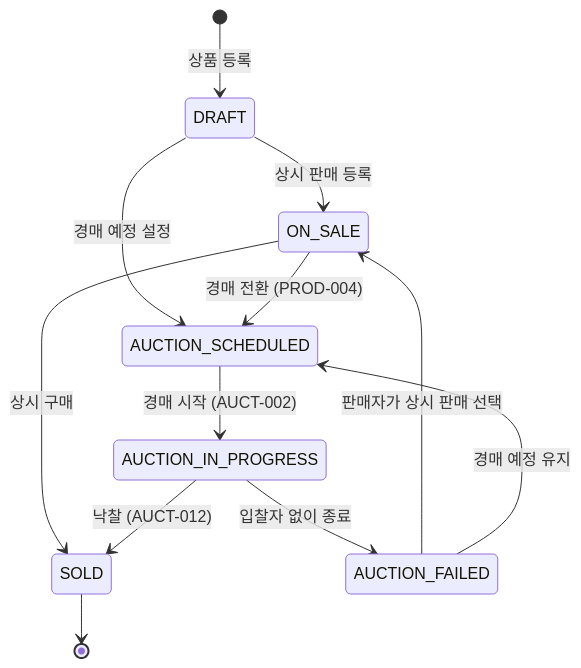
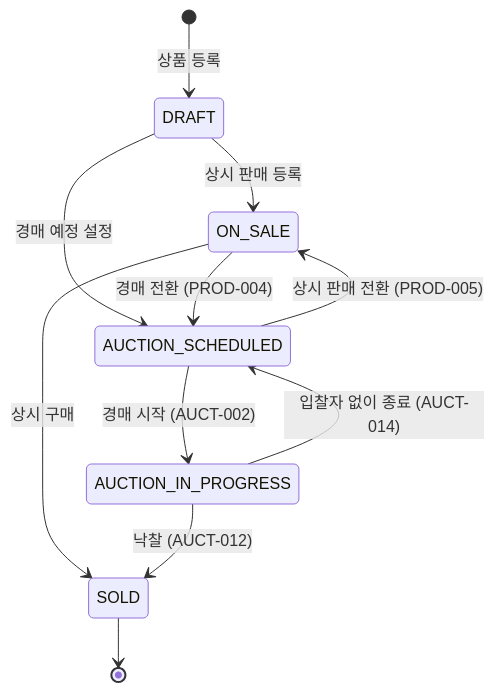
The third of 3 diagrams in BE/docs/db/erd.md (Team-vintib/Vintib-AI), drawn with Mermaid before and after one commit. The commit also changed other lines of this file and 15 other files, not shown here.

Commit message:
[S15P11A108-236] refactor: 경매 예정 상품의 상시 판매 전환(PROD-004) 구현 및 AUCTION_FAILED 제거

````diff
--- a/BE/docs/db/erd.md
+++ b/BE/docs/db/erd.md
@@ -125,14 +125,13 @@
 ```mermaid
 stateDiagram-v2
     [*] --> DRAFT : 상품 등록
     DRAFT --> ON_SALE : 상시 판매 등록
     DRAFT --> AUCTION_SCHEDULED : 경매 예정 설정
     ON_SALE --> AUCTION_SCHEDULED : 경매 전환 (PROD-004)
+    AUCTION_SCHEDULED --> ON_SALE : 상시 판매 전환 (PROD-005)
     AUCTION_SCHEDULED --> AUCTION_IN_PROGRESS : 경매 시작 (AUCT-002)
+    AUCTION_IN_PROGRESS --> AUCTION_SCHEDULED : 입찰자 없이 종료 (AUCT-014)
     ON_SALE --> SOLD : 상시 구매
     AUCTION_IN_PROGRESS --> SOLD : 낙찰 (AUCT-012)
-    AUCTION_IN_PROGRESS --> AUCTION_FAILED : 입찰자 없이 종료
-    AUCTION_FAILED --> ON_SALE : 판매자가 상시 판매 선택
-    AUCTION_FAILED --> AUCTION_SCHEDULED : 경매 예정 유지
     SOLD --> [*]
 ```
````
